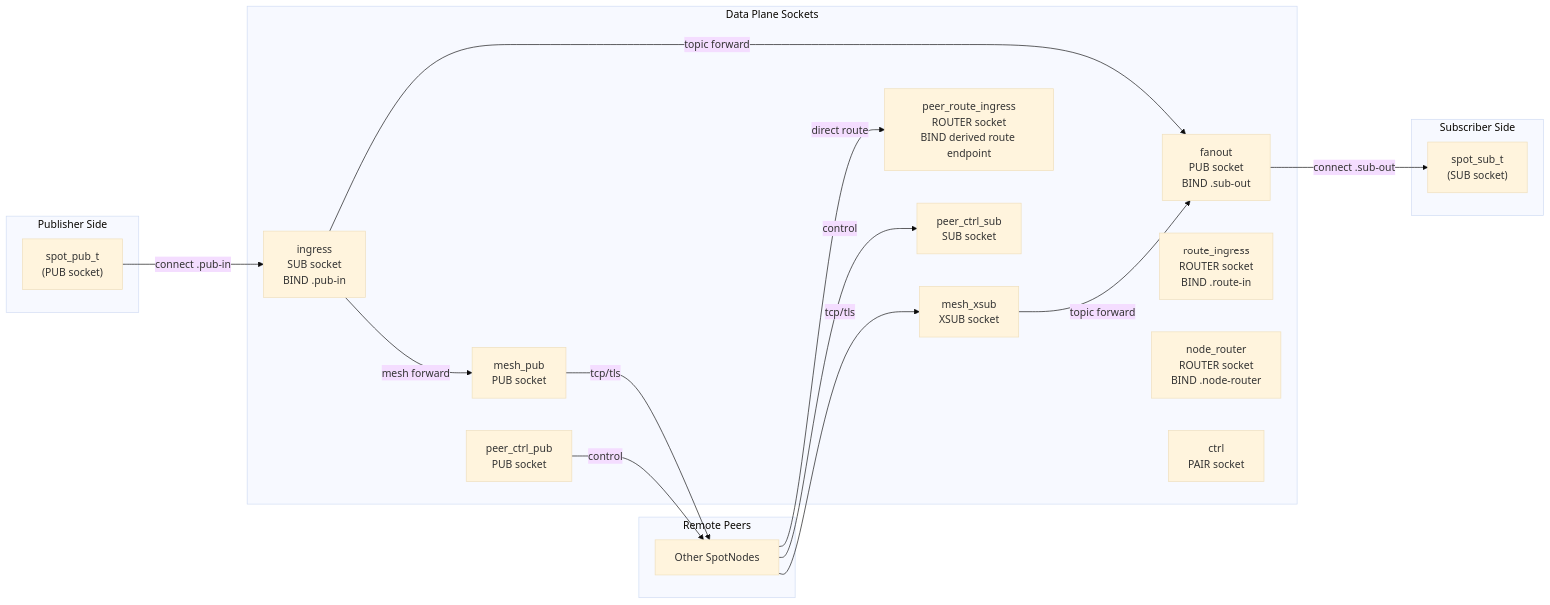
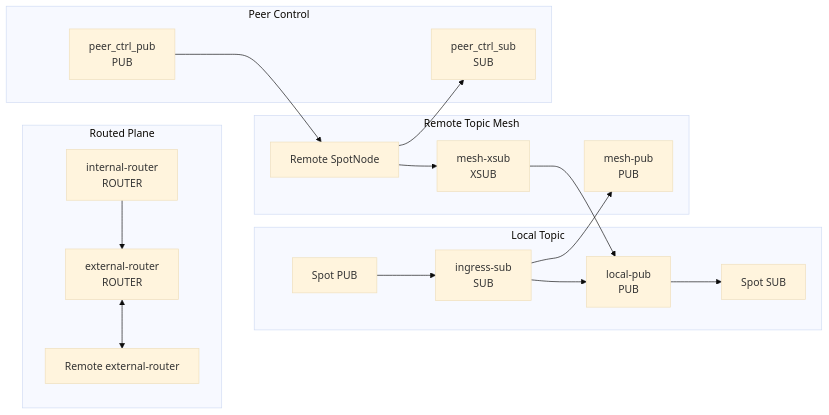
The second of 5 diagrams in doc/internals/spot-internals.md (kairos-code-dev/zlink), drawn with Mermaid (base theme) before and after one commit. The commit also changed other lines of this file and 117 other files, not shown here.

````diff
--- a/doc/internals/spot-internals.md
+++ b/doc/internals/spot-internals.md
@@ -63,38 +61,39 @@
 ```mermaid
 flowchart LR
-    subgraph PubSide["Publisher Side"]
-        spot_pub["spot_pub_t<br/>(PUB socket)"]
+    subgraph LocalTopic["Local Topic"]
+        spot_pub["Spot PUB"]
+        ingress_sub["ingress-sub<br/>SUB"]
+        local_pub["local-pub<br/>PUB"]
+        spot_sub["Spot SUB"]
     end
 
-    subgraph Internal["Data Plane Sockets"]
-        ingress["ingress<br/>SUB socket<br/>BIND .pub-in"]
-        fanout["fanout<br/>PUB socket<br/>BIND .sub-out"]
-        mesh_pub["mesh_pub<br/>PUB socket"]
-        mesh_xsub["mesh_xsub<br/>XSUB socket"]
-        route_in["route_ingress<br/>ROUTER socket<br/>BIND .route-in"]
-        peer_route_in["peer_route_ingress<br/>ROUTER socket<br/>BIND derived route endpoint"]
-        node_router["node_router<br/>ROUTER socket<br/>BIND .node-router"]
-        ctrl["ctrl<br/>PAIR socket"]
-        peer_ctrl_pub["peer_ctrl_pub<br/>PUB socket"]
-        peer_ctrl_sub["peer_ctrl_sub<br/>SUB socket"]
+    subgraph RemoteTopic["Remote Topic Mesh"]
+        mesh_pub["mesh-pub<br/>PUB"]
+        mesh_xsub["mesh-xsub<br/>XSUB"]
+        remote_topic["Remote SpotNode"]
     end
 
-    subgraph SubSide["Subscriber Side"]
-        spot_sub["spot_sub_t<br/>(SUB socket)"]
+    subgraph RoutedPlane["Routed Plane"]
+        internal_router["internal-router<br/>ROUTER"]
+        external_router["external-router<br/>ROUTER"]
+        remote_router["Remote external-router"]
     end
 
-    subgraph Remote["Remote Peers"]
-        remote_node["Other SpotNodes"]
+    subgraph ControlPlane["Peer Control"]
+        peer_ctrl_pub["peer_ctrl_pub<br/>PUB"]
+        peer_ctrl_sub["peer_ctrl_sub<br/>SUB"]
     end
 
-    spot_pub -->|connect .pub-in| ingress
-    ingress -->|"topic forward"| fanout
-    ingress -->|"mesh forward"| mesh_pub
-    fanout -->|connect .sub-out| spot_sub
-    mesh_pub -->|"tcp/tls"| remote_node
-    remote_node -->|"tcp/tls"| mesh_xsub
-    mesh_xsub -->|"topic forward"| fanout
-    peer_ctrl_pub -->|control| remote_node
-    remote_node -->|control| peer_ctrl_sub
-    remote_node -->|"direct route"| peer_route_in
+    spot_pub --> ingress_sub
+    ingress_sub --> local_pub
+    local_pub --> spot_sub
+    ingress_sub --> mesh_pub
+    remote_topic --> mesh_xsub
+    mesh_xsub --> local_pub
+
+    internal_router --> external_router
+    external_router <--> remote_router
+
+    peer_ctrl_pub --> remote_topic
+    remote_topic --> peer_ctrl_sub
 ```
````
